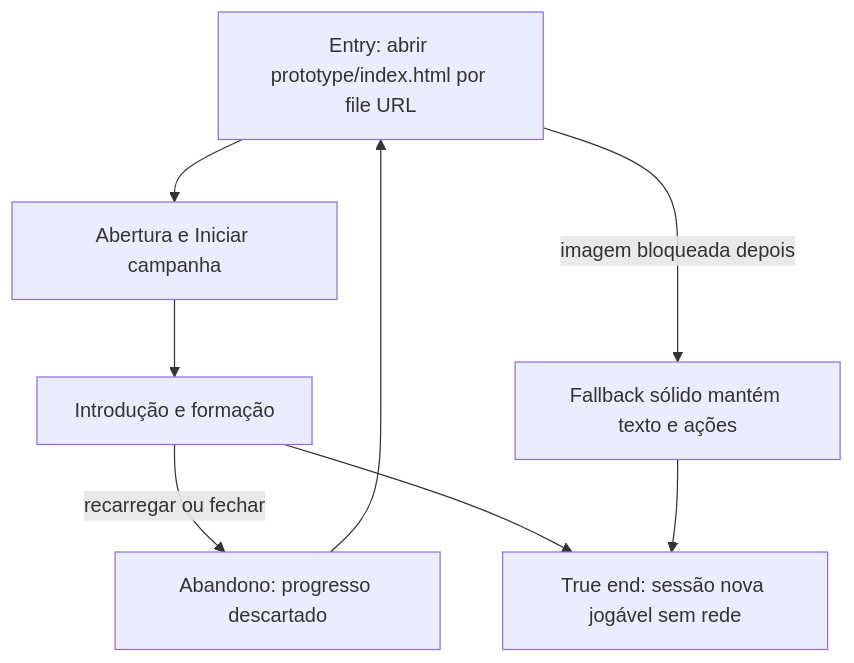
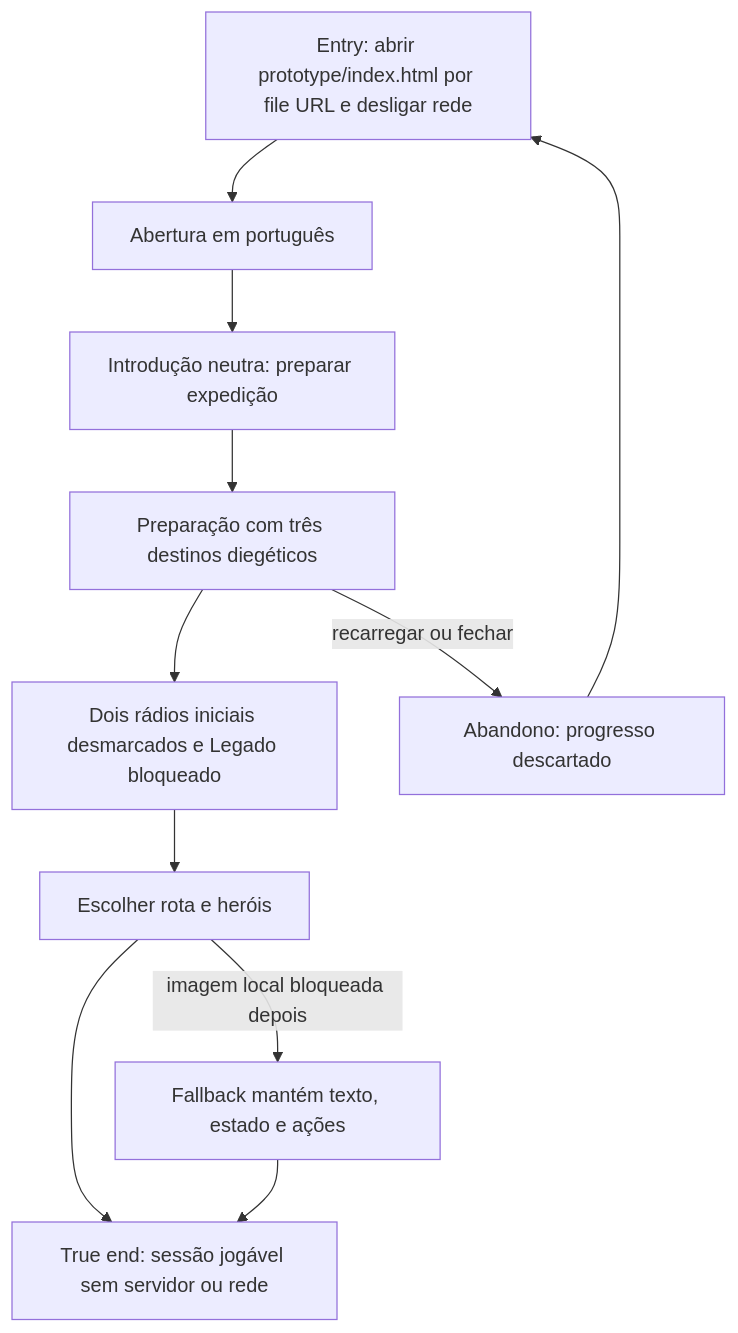
One commit to edneyreis999/gamejam-vn-terror changed the diagram in docs/qa/journeys/J-local-offline-launch.md. Above: the diagram before and after it, drawn with Mermaid. The commit also changed other lines of this file and 12 other files, not shown here.

````diff
--- a/docs/qa/journeys/J-local-offline-launch.md
+++ b/docs/qa/journeys/J-local-offline-launch.md
@@ -3,10 +3,13 @@
 ```mermaid
 flowchart TD
-  A[Entry: abrir prototype/index.html por file URL] --> B[Abertura e Iniciar campanha]
-  B --> C[Introdução e formação]
-  C -->|recarregar ou fechar| X[Abandono: progresso descartado]
+  A[Entry: abrir prototype/index.html por file URL e desligar rede] --> B[Abertura em português]
+  B --> C[Introdução neutra: preparar expedição]
+  C --> D[Preparação com três destinos diegéticos]
+  D --> E[Dois rádios iniciais desmarcados e Legado bloqueado]
+  E --> F[Escolher rota e heróis]
+  F --> G[True end: sessão jogável sem servidor ou rede]
+  F -->|imagem local bloqueada depois| H[Fallback mantém texto, estado e ações]
+  H --> G
+  D -->|recarregar ou fechar| X[Abandono: progresso descartado]
   X --> A
-  C --> D[True end: sessão nova jogável sem rede]
-  A -->|imagem bloqueada depois| E[Fallback sólido mantém texto e ações]
-  E --> D
 ```
````
